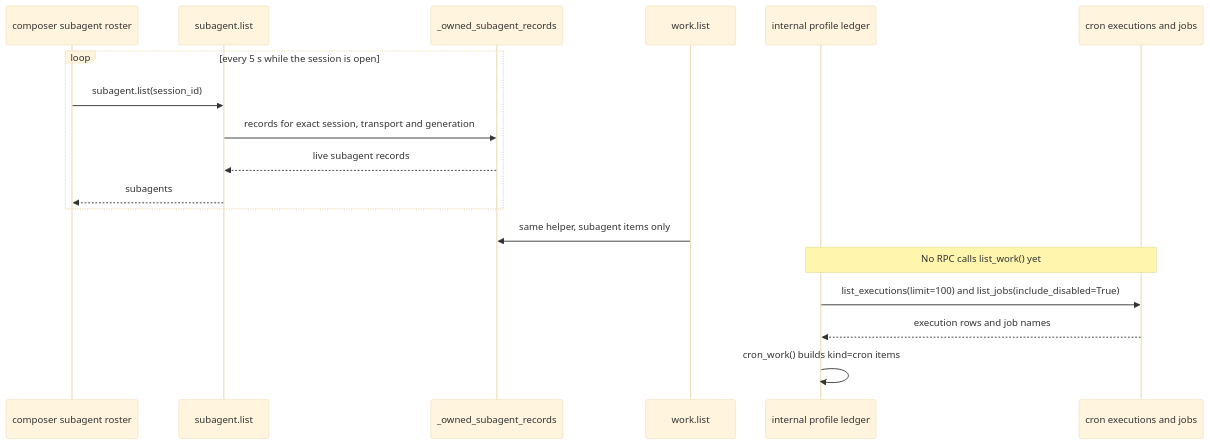
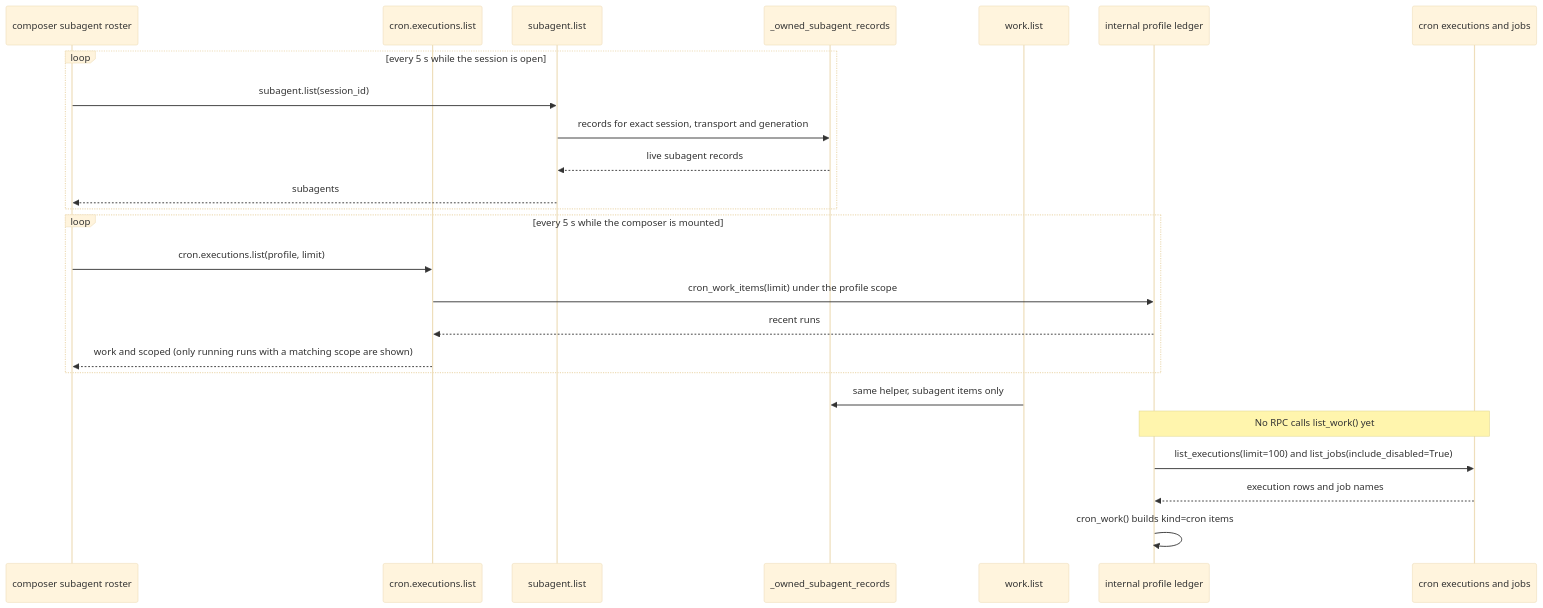
One commit to 9529360-cpu/stardust-hermes changed the second of 2 diagrams in docs/developer-guide/work-ledger-system-design.md. Above: the diagram before and after it, drawn with Mermaid (base theme). The commit also changed other lines of this file, not shown here.

First line of the commit message:
docs(work): record the cron runs authorization policy and roster behaviour

````diff
--- a/docs/developer-guide/work-ledger-system-design.md
+++ b/docs/developer-guide/work-ledger-system-design.md
@@ -103,21 +123,28 @@
 ```mermaid
 sequenceDiagram
     participant Roster as composer subagent roster
+    participant CronRpc as cron.executions.list
     participant SubList as subagent.list
     participant Owned as _owned_subagent_records
     participant WorkRpc as work.list
     participant Ledger as internal profile ledger
     participant Cron as cron executions and jobs
 
     loop every 5 s while the session is open
         Roster->>SubList: subagent.list(session_id)
         SubList->>Owned: records for exact session, transport and generation
         Owned-->>SubList: live subagent records
         SubList-->>Roster: subagents
     end
+    loop every 5 s while the composer is mounted
+        Roster->>CronRpc: cron.executions.list(profile, limit)
+        CronRpc->>Ledger: cron_work_items(limit) under the profile scope
+        Ledger-->>CronRpc: recent runs
+        CronRpc-->>Roster: work and scoped (only running runs with a matching scope are shown)
+    end
     WorkRpc->>Owned: same helper, subagent items only
     Note over Ledger,Cron: No RPC calls list_work() yet
     Ledger->>Cron: list_executions(limit=100) and list_jobs(include_disabled=True)
     Cron-->>Ledger: execution rows and job names
     Ledger->>Ledger: cron_work() builds kind=cron items
 ```
````
